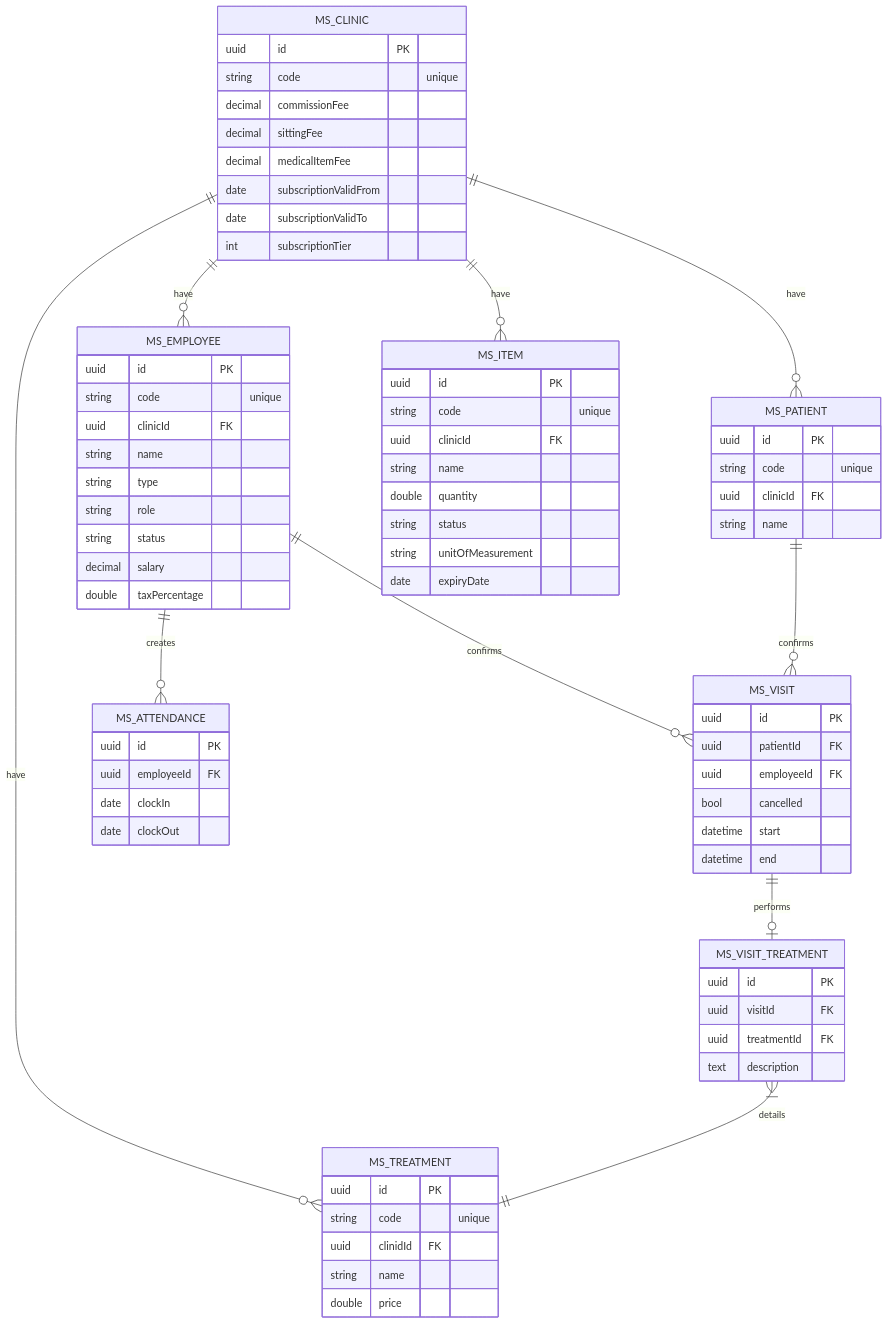
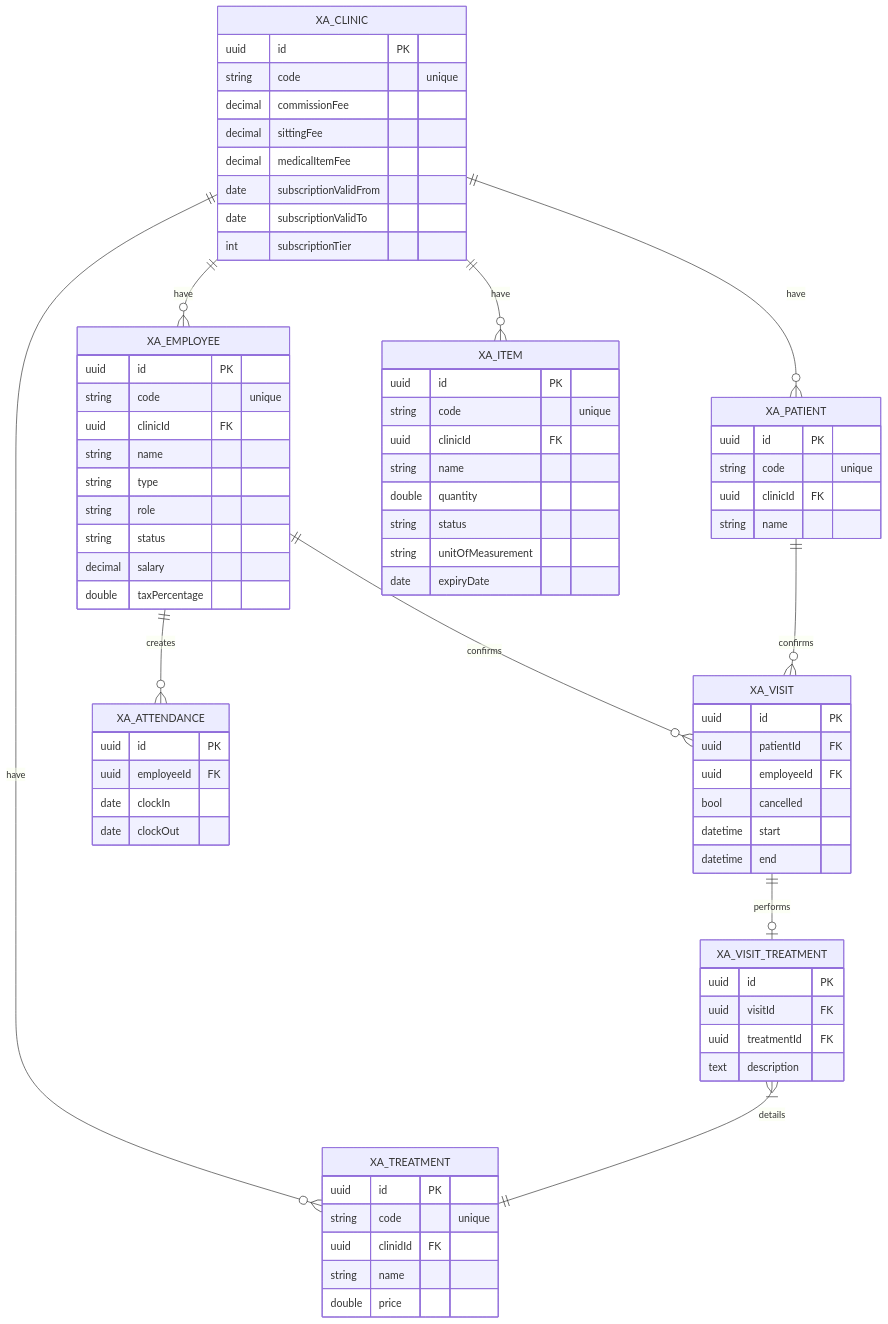
Before and after one commit to acemint/x-admin-backend: the diagram in docs/erd.md, drawn with Mermaid. The commit also changed 8 other files, not shown here.

````diff
--- a/docs/erd.md
+++ b/docs/erd.md
@@ -1,77 +1,77 @@
 ```mermaid
 erDiagram
-    MS_CLINIC ||--o{ MS_EMPLOYEE : have
-    MS_CLINIC ||--o{ MS_PATIENT : have
-    MS_CLINIC ||--o{ MS_TREATMENT : have
-    MS_CLINIC ||--o{ MS_ITEM : have
-    MS_EMPLOYEE ||--o{ MS_VISIT : confirms
-    MS_EMPLOYEE ||--o{ MS_ATTENDANCE : creates
-    MS_PATIENT ||--o{ MS_VISIT : confirms
-    MS_VISIT ||--o| MS_VISIT_TREATMENT : performs
-    MS_VISIT_TREATMENT }|--|| MS_TREATMENT : details
+    XA_CLINIC ||--o{ XA_EMPLOYEE : have
+    XA_CLINIC ||--o{ XA_PATIENT : have
+    XA_CLINIC ||--o{ XA_TREATMENT : have
+    XA_CLINIC ||--o{ XA_ITEM : have
+    XA_EMPLOYEE ||--o{ XA_VISIT : confirms
+    XA_EMPLOYEE ||--o{ XA_ATTENDANCE : creates
+    XA_PATIENT ||--o{ XA_VISIT : confirms
+    XA_VISIT ||--o| XA_VISIT_TREATMENT : performs
+    XA_VISIT_TREATMENT }|--|| XA_TREATMENT : details
     
-    MS_CLINIC { 
+    XA_CLINIC { 
         uuid id PK
         string code "unique" 
         decimal commissionFee 
         decimal sittingFee
         decimal medicalItemFee
         date subscriptionValidFrom
         date subscriptionValidTo
         int subscriptionTier
     }
-    MS_EMPLOYEE {
+    XA_EMPLOYEE {
         uuid id PK
         string code "unique"
         uuid clinicId FK
         string name
         string type
         string role
         string status
         decimal salary
         double taxPercentage
     }
-    MS_PATIENT {
+    XA_PATIENT {
         uuid id PK
         string code "unique"
         uuid clinicId FK
         string name   
     }
-    MS_VISIT {
+    XA_VISIT {
         uuid id PK
         uuid patientId FK
         uuid employeeId FK
         bool cancelled
         datetime start
         datetime end 
     }
-    MS_ATTENDANCE {
+    XA_ATTENDANCE {
         uuid id PK
         uuid employeeId FK
         date clockIn
         date clockOut
     }
-    MS_TREATMENT {
+    XA_TREATMENT {
         uuid id PK
         string code "unique"
         uuid clinidId FK
         string name 
         double price
     }
-    MS_ITEM {
+    XA_ITEM {
         uuid id PK 
         string code "unique"
         uuid clinicId FK
         string name
         double quantity
         string status
         string unitOfMeasurement
         date expiryDate
     }
-    MS_VISIT_TREATMENT {
+    XA_VISIT_TREATMENT {
         uuid id PK
         uuid visitId FK
         uuid treatmentId FK
         text description
     }
 ```
````
